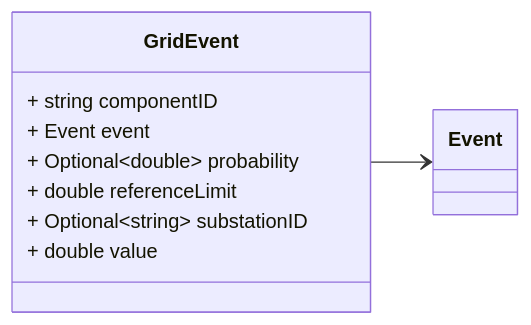
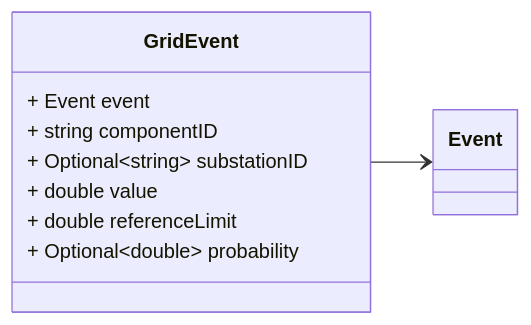
One commit to zaphiro-technologies/protobuf changed the first of 17 diagrams in docs/grid_event.proto.md. Above: the diagram before and after it, drawn with Mermaid. The commit also changed other lines of this file and 12 other files, not shown here.

First line of the commit message:
Replace custom proto-gen-md-diagrams with official one (#50)

````diff
--- a/docs/grid_event.proto.md
+++ b/docs/grid_event.proto.md
@@ -28,25 +28,25 @@
 ```mermaid
 classDiagram
 direction LR
 
 %% A grid event.
 %% Headers used in rabbitMQ (only if not sent as part of `DataSet`):
 %% * `id` (string): id of the `Event`
 %% * `type` (string): always `Event` - used for routing.
 %% * `eventType` (string): the specific type of `GridEvent`, this is required in addition 
 %%  to `type` for de-serialization of the messages.
 %% * `sourceId` (string): the id of the source (e.g. a PMU) that generated the event.
 %% * `timestampId` (int64): related measurement Unix msec timestamp (if any)
 %% 
 
 class GridEvent {
+  + Event event
   + string componentID
-  + Event event
-  + Optional~double~ probability
-  + double referenceLimit
   + Optional~string~ substationID
   + double value
+  + double referenceLimit
+  + Optional~double~ probability
 }
 GridEvent --> `Event`
 
 ```
````
